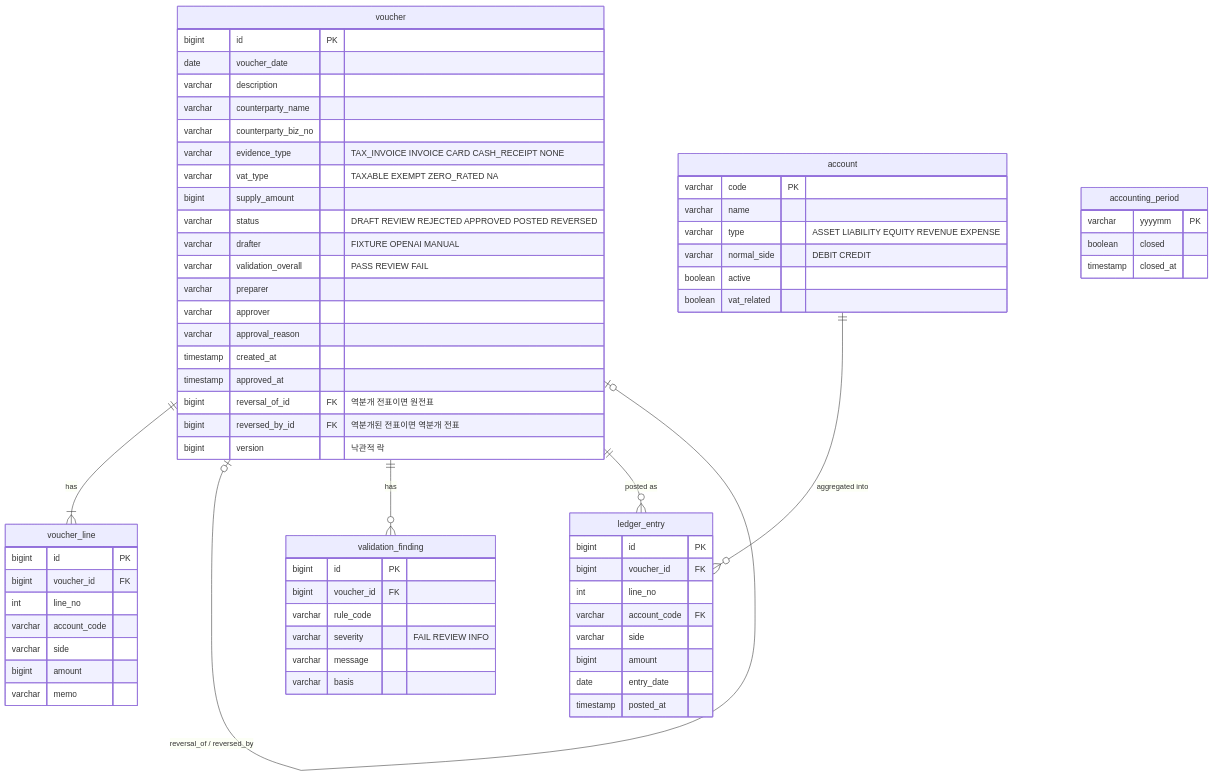
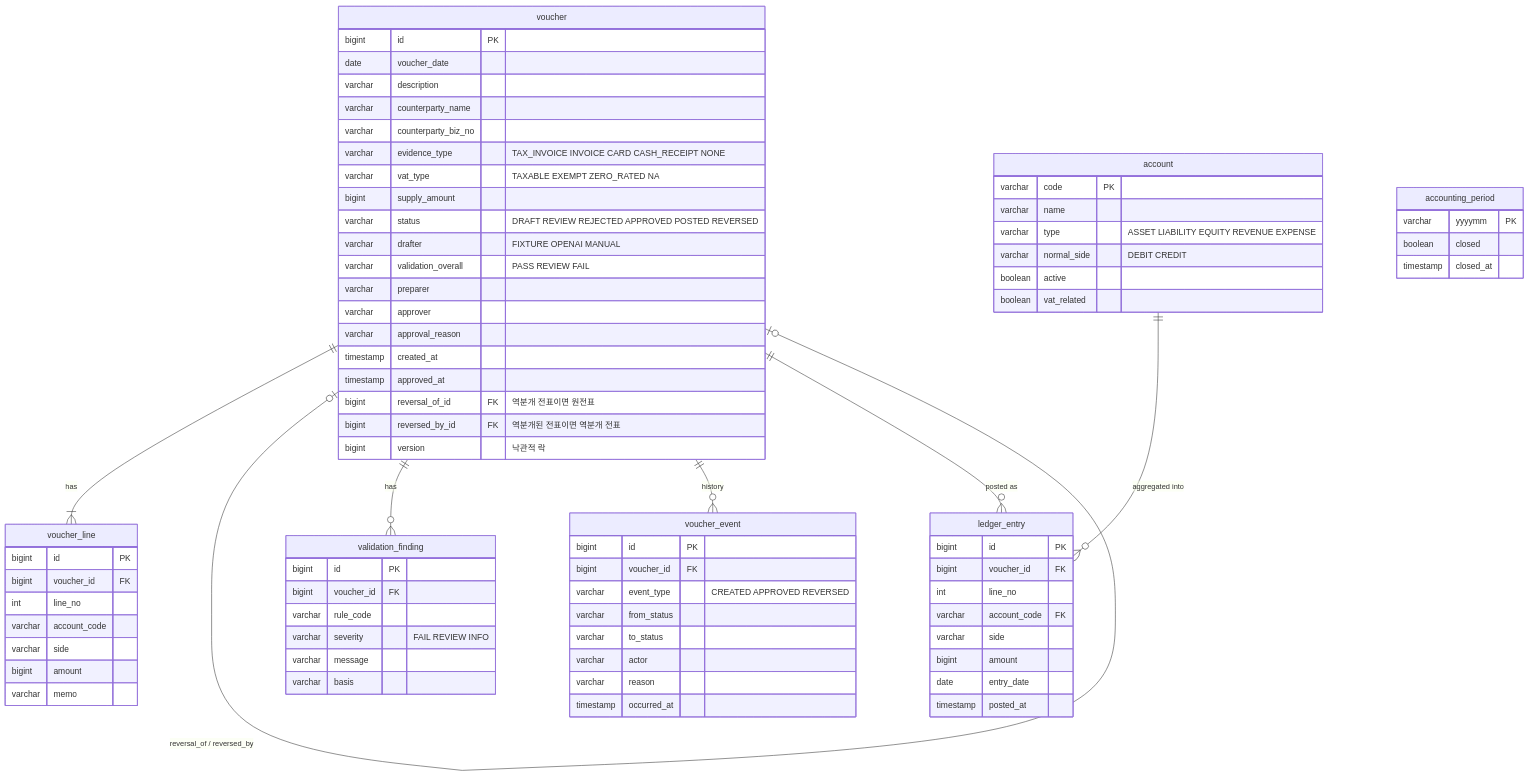
One commit to aeginventor/ledger-guard changed the second of 2 diagrams in docs/architecture.md. Above: the diagram before and after it, drawn with Mermaid. The commit also changed 11 other files, not shown here.

````diff
--- a/docs/architecture.md
+++ b/docs/architecture.md
@@ -80,70 +80,81 @@
 ```mermaid
 erDiagram
     account {
         varchar code PK
         varchar name
         varchar type "ASSET LIABILITY EQUITY REVENUE EXPENSE"
         varchar normal_side "DEBIT CREDIT"
         boolean active
         boolean vat_related
     }
     voucher {
         bigint id PK
         date voucher_date
         varchar description
         varchar counterparty_name
         varchar counterparty_biz_no
         varchar evidence_type "TAX_INVOICE INVOICE CARD CASH_RECEIPT NONE"
         varchar vat_type "TAXABLE EXEMPT ZERO_RATED NA"
         bigint supply_amount
         varchar status "DRAFT REVIEW REJECTED APPROVED POSTED REVERSED"
         varchar drafter "FIXTURE OPENAI MANUAL"
         varchar validation_overall "PASS REVIEW FAIL"
         varchar preparer
         varchar approver
         varchar approval_reason
         timestamp created_at
         timestamp approved_at
         bigint reversal_of_id FK "역분개 전표이면 원전표"
         bigint reversed_by_id FK "역분개된 전표이면 역분개 전표"
         bigint version "낙관적 락"
     }
     voucher_line {
         bigint id PK
         bigint voucher_id FK
         int line_no
         varchar account_code
         varchar side
         bigint amount
         varchar memo
     }
     validation_finding {
         bigint id PK
         bigint voucher_id FK
         varchar rule_code
         varchar severity "FAIL REVIEW INFO"
         varchar message
         varchar basis
     }
+    voucher_event {
+        bigint id PK
+        bigint voucher_id FK
+        varchar event_type "CREATED APPROVED REVERSED"
+        varchar from_status
+        varchar to_status
+        varchar actor
+        varchar reason
+        timestamp occurred_at
+    }
     accounting_period {
         varchar yyyymm PK
         boolean closed
         timestamp closed_at
     }
     ledger_entry {
         bigint id PK
         bigint voucher_id FK
         int line_no
         varchar account_code FK
         varchar side
         bigint amount
         date entry_date
         timestamp posted_at
     }
 
     voucher ||--|{ voucher_line : "has"
     voucher |o--o| voucher : "reversal_of / reversed_by"
     voucher ||--o{ validation_finding : "has"
+    voucher ||--o{ voucher_event : "history"
     voucher ||--o{ ledger_entry : "posted as"
     account ||--o{ ledger_entry : "aggregated into"
 ```
````
